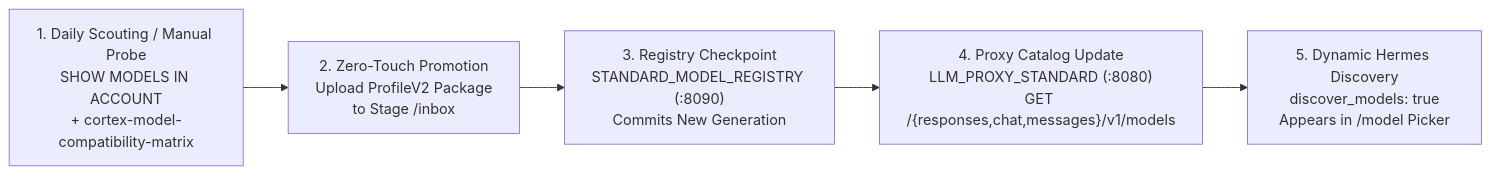
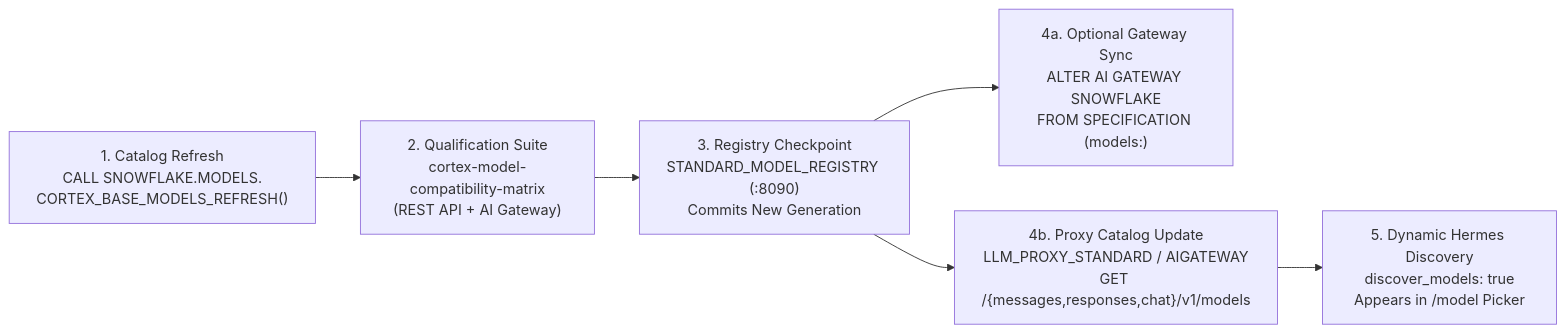
One commit to fbattaglieri-snowflake/hermes-snowflake changed the diagram in docs/model-management.md. Above: the diagram before and after it, drawn with Mermaid. The commit also changed other lines of this file and 24 other files, not shown here.

First line of the commit message:
Add Cortex AI Gateway support, synthetic Snowflake demo, and runtime fixes (#10)

````diff
--- a/docs/model-management.md
+++ b/docs/model-management.md
@@ -10,7 +10,8 @@
 ```mermaid
 flowchart LR
-    SCOUT["1. Daily Scouting / Manual Probe<br/>SHOW MODELS IN ACCOUNT<br/>+ cortex-model-compatibility-matrix"] --> PROM["2. Zero-Touch Promotion<br/>Upload ProfileV2 Package<br/>to Stage /inbox"]
-    PROM --> REG["3. Registry Checkpoint<br/>STANDARD_MODEL_REGISTRY (:8090)<br/>Commits New Generation"]
-    REG --> PROXY["4. Proxy Catalog Update<br/>LLM_PROXY_STANDARD (:8080)<br/>GET /{responses,chat,messages}/v1/models"]
+    REFRESH["1. Catalog Refresh<br/>CALL SNOWFLAKE.MODELS.<br/>CORTEX_BASE_MODELS_REFRESH()"] --> SCOUT["2. Qualification Suite<br/>cortex-model-compatibility-matrix<br/>(REST API + AI Gateway)"]
+    SCOUT --> REG["3. Registry Checkpoint<br/>STANDARD_MODEL_REGISTRY (:8090)<br/>Commits New Generation"]
+    REG --> GW_SYNC["4a. Optional Gateway Sync<br/>ALTER AI GATEWAY SNOWFLAKE<br/>FROM SPECIFICATION (models:)"]
+    REG --> PROXY["4b. Proxy Catalog Update<br/>LLM_PROXY_STANDARD / AIGATEWAY<br/>GET /{messages,responses,chat}/v1/models"]
     PROXY --> HERMES["5. Dynamic Hermes Discovery<br/>discover_models: true<br/>Appears in /model Picker"]
 ```
````
